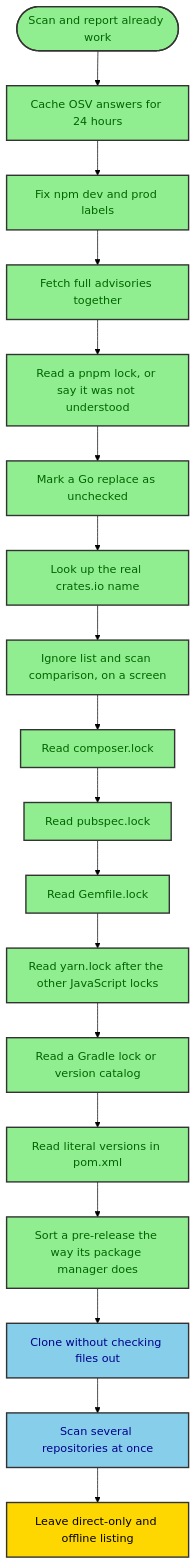
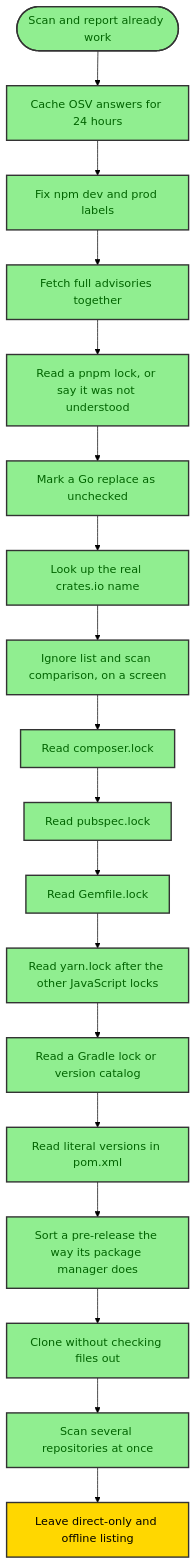
The diagram in ROADMAP.md (abrar41148/SupScan), drawn with Mermaid (forest theme) before and after one commit. The commit also changed other lines of this file and 18 other files, not shown here.

````diff
--- a/ROADMAP.md
+++ b/ROADMAP.md
@@ -13,29 +13,28 @@
 ```mermaid
 flowchart TD
     Start([Scan and report already work]) --> Cache["Cache OSV answers for 24 hours"]
     Cache --> Npm["Fix npm dev and prod labels"]
     Npm --> Hydrate["Fetch full advisories together"]
     Hydrate --> Pnpm["Read a pnpm lock, or say it was not understood"]
     Pnpm --> GoReplace["Mark a Go replace as unchecked"]
     GoReplace --> Cargo["Look up the real crates.io name"]
     Cargo --> Screen["Ignore list and scan comparison, on a screen"]
     Screen --> Composer["Read composer.lock"]
     Composer --> Pub["Read pubspec.lock"]
     Pub --> Ruby["Read Gemfile.lock"]
     Ruby --> Yarn["Read yarn.lock after the other JavaScript locks"]
     Yarn --> Gradle["Read a Gradle lock or version catalog"]
     Gradle --> Maven["Read literal versions in pom.xml"]
     Maven --> VersionSort["Sort a pre-release the way its package manager does"]
     VersionSort --> NoCheckout["Clone without checking files out"]
     NoCheckout --> Parallel["Scan several repositories at once"]
     Parallel --> Parked["Leave direct-only and offline listing"]
 
     classDef done fill:#90EE90,stroke:#333,stroke-width:2px,color:darkgreen
     classDef next fill:#87CEEB,stroke:#333,stroke-width:2px,color:darkblue
     classDef later fill:#E6E6FA,stroke:#333,stroke-width:2px,color:darkblue
     classDef parked fill:#FFD700,stroke:#333,stroke-width:2px,color:black
 
-    class Start,Cache,Npm,Hydrate,Pnpm,GoReplace,Cargo,Screen,Composer,Pub,Ruby,Yarn,Gradle,Maven,VersionSort done
-    class NoCheckout,Parallel next
+    class Start,Cache,Npm,Hydrate,Pnpm,GoReplace,Cargo,Screen,Composer,Pub,Ruby,Yarn,Gradle,Maven,VersionSort,NoCheckout,Parallel done
     class Parked parked
 ```
````
